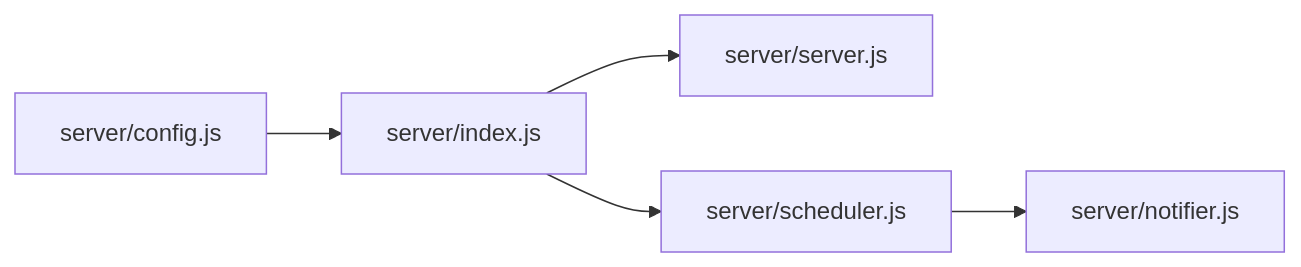
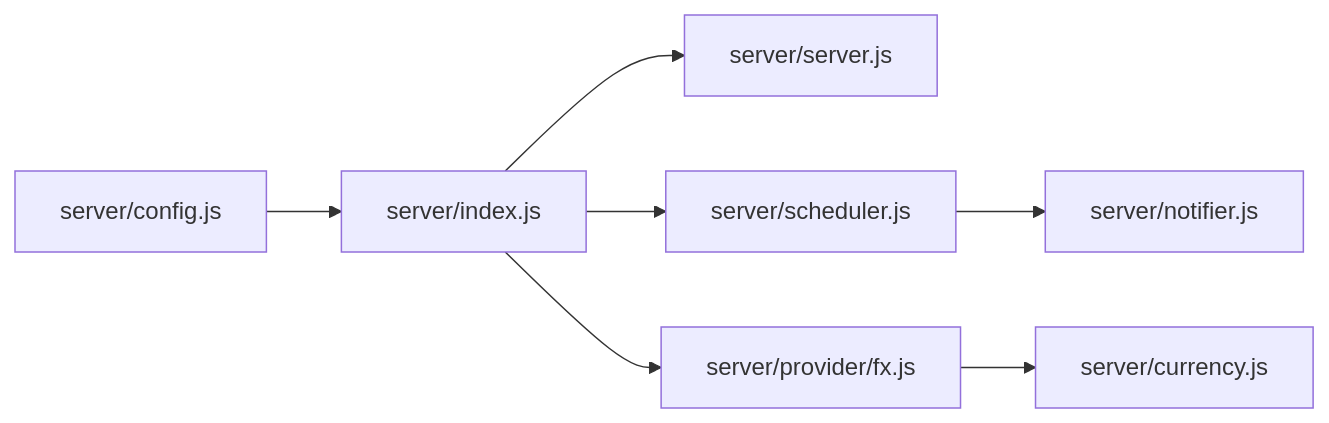
One commit to salenju/stock-advisor changed the fifth of 5 diagrams in .qoder/repowiki/zh/content/后端服务/配置管理.md. Above: the diagram before and after it, drawn with Mermaid. The commit also changed other lines of this file and 45 other files, not shown here.

````diff
--- a/.qoder/repowiki/zh/content/后端服务/配置管理.md
+++ b/.qoder/repowiki/zh/content/后端服务/配置管理.md
@@ -253,7 +335,9 @@
 ```mermaid
 graph LR
 CFG["server/config.js"] --> IDX["server/index.js"]
 IDX --> SRV["server/server.js"]
 IDX --> SCH["server/scheduler.js"]
+IDX --> FX["server/provider/fx.js"]
 SCH --> NOT["server/notifier.js"]
+FX --> CURR["server/currency.js"]
 ```
````
